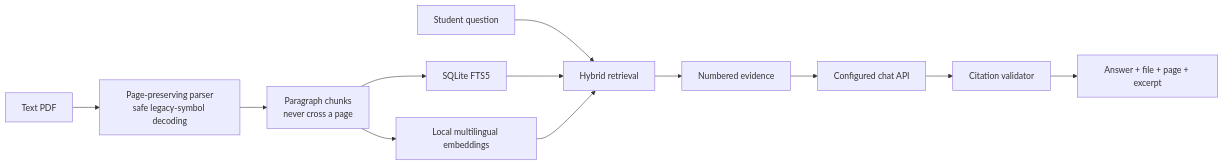
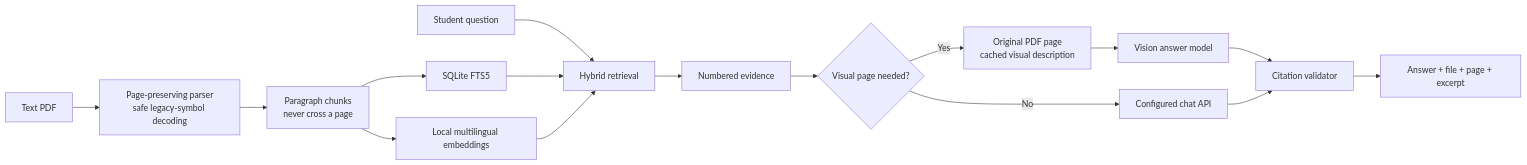
Before and after one commit to kenlau5678/CiteMind: the diagram in README.md, drawn with Mermaid. The commit also changed other lines of this file and 11 other files, not shown here.

````diff
--- a/README.md
+++ b/README.md
@@ -71,14 +73,18 @@
 ```mermaid
 flowchart LR
     PDF["Text PDF"] --> Parse["Page-preserving parser<br/>safe legacy-symbol decoding"]
     Parse --> Chunks["Paragraph chunks<br/>never cross a page"]
     Chunks --> FTS["SQLite FTS5"]
     Chunks --> Local["Local multilingual embeddings"]
     Q["Student question"] --> Hybrid["Hybrid retrieval"]
     FTS --> Hybrid
     Local --> Hybrid
     Hybrid --> Evidence["Numbered evidence"]
-    Evidence --> LLM["Configured chat API"]
+    Evidence --> Visual{"Visual page needed?"}
+    Visual -->|No| LLM["Configured chat API"]
+    Visual -->|Yes| Page["Original PDF page<br/>cached visual description"]
+    Page --> Vision["Vision answer model"]
+    Vision --> Gate
     LLM --> Gate["Citation validator"]
     Gate --> UI["Answer + file + page + excerpt"]
 ```
````
